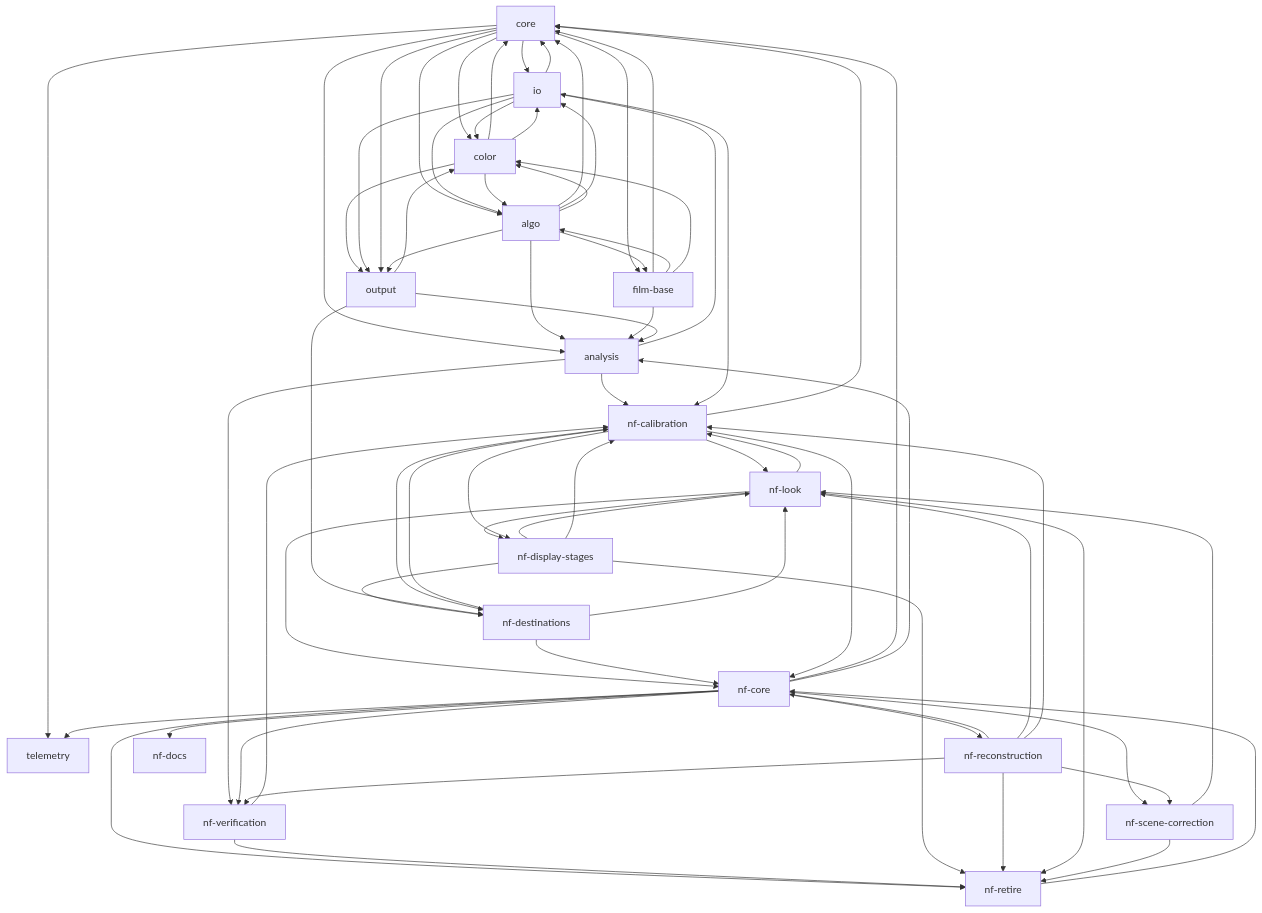
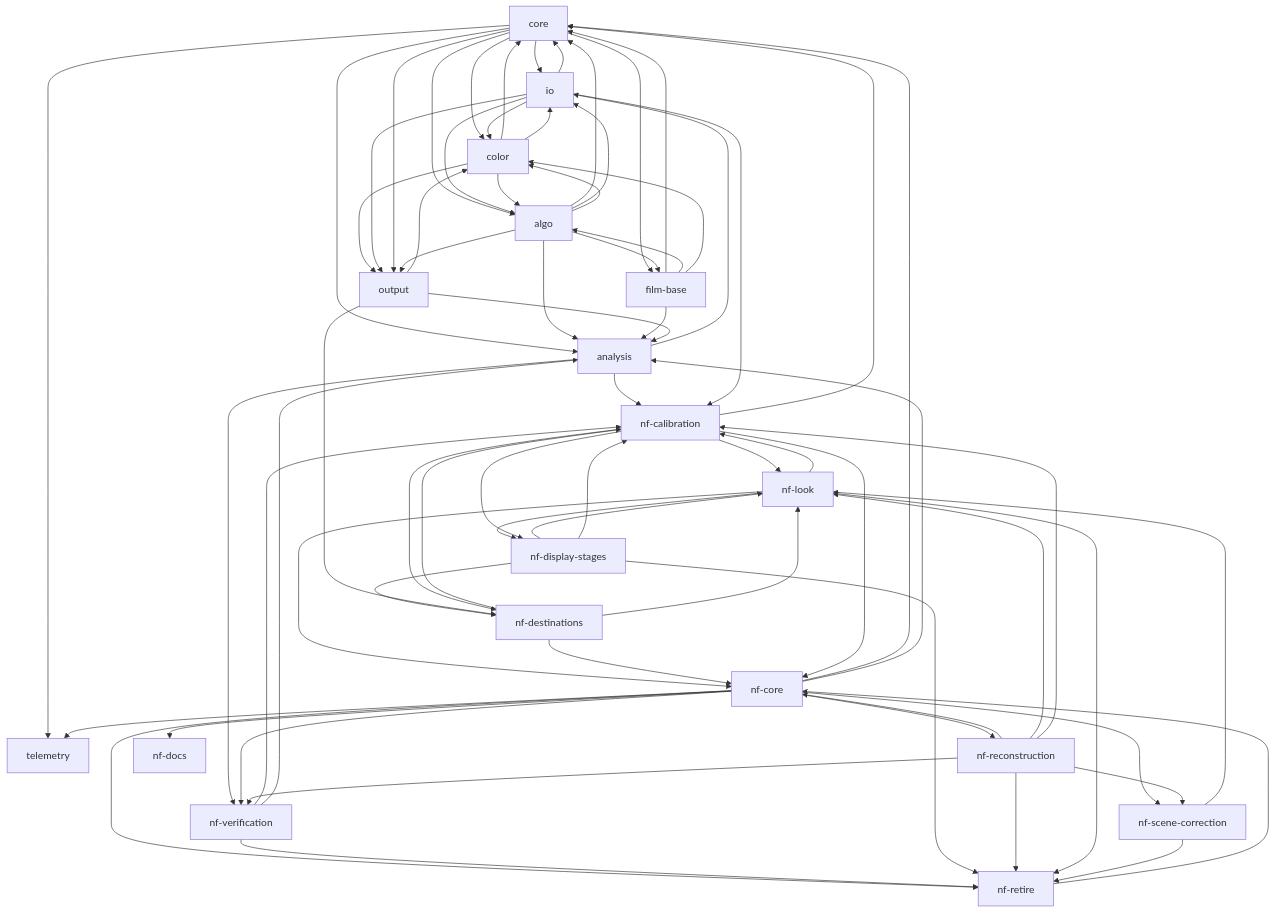
The first of 2 diagrams in docs/TASKS.md (lix42/hanten), drawn with Mermaid before and after one commit. The commit also changed other lines of this file and 20 other files, not shown here.

````diff
--- a/docs/TASKS.md
+++ b/docs/TASKS.md
@@ -181,5 +181,6 @@
   nf-scene-correction --> nf-retire
   nf-core --> nf-docs
   nf-core --> analysis
+  nf-verification --> analysis
   nf-core --> telemetry
 ```
````
